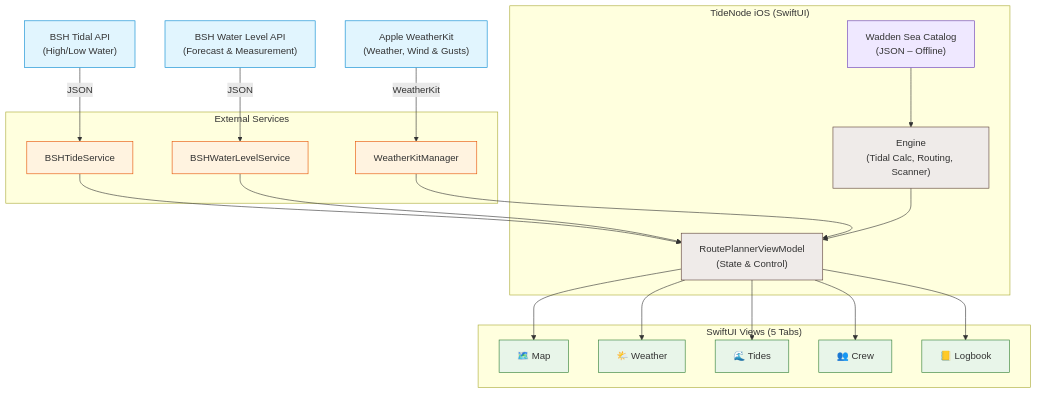
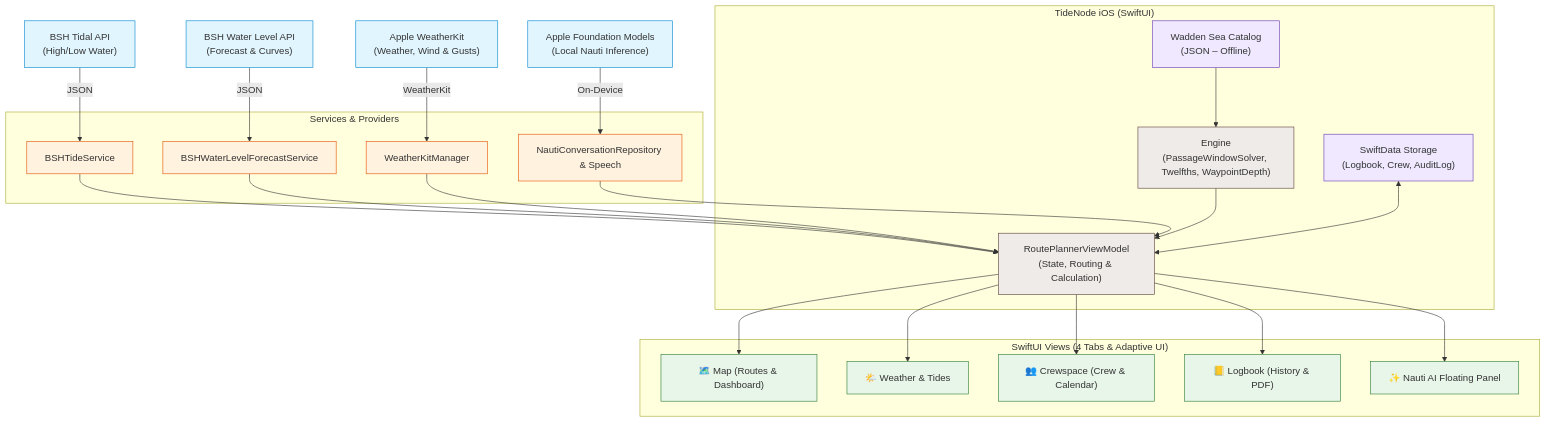
One commit to everybodydaniel/Toernberechnung-iOS changed the first of 2 diagrams in README.en.md. Above: the diagram before and after it, drawn with Mermaid. The commit also changed other lines of this file and 7 other files, not shown here.

Commit message:
Update READMEs with latest 4-tab architecture, iPad support, and add fresh high-res app screenshots

````diff
--- a/README.en.md
+++ b/README.en.md
@@ -107,46 +107,52 @@
 ```mermaid
 graph TD
     BSH["BSH Tidal API<br/>(High/Low Water)"]:::source
-    BSHWL["BSH Water Level API<br/>(Forecast & Measurement)"]:::source
+    BSHWL["BSH Water Level API<br/>(Forecast & Curves)"]:::source
     APPLE["Apple WeatherKit<br/>(Weather, Wind & Gusts)"]:::source
+    LOCALAI["Apple Foundation Models<br/>(Local Nauti Inference)"]:::source
 
     subgraph App ["TideNode iOS (SwiftUI)"]
-        VM["RoutePlannerViewModel<br/>(State & Control)"]:::core
-        ENGINE["Engine<br/>(Tidal Calc, Routing, Scanner)"]:::core
+        VM["RoutePlannerViewModel<br/>(State, Routing & Calculation)"]:::core
+        ENGINE["Engine<br/>(PassageWindowSolver, Twelfths, WaypointDepth)"]:::core
         CATALOG["Wadden Sea Catalog<br/>(JSON – Offline)"]:::storage
+        SWIFTDATA["SwiftData Storage<br/>(Logbook, Crew, AuditLog)"]:::storage
     end
 
-    subgraph Services ["External Services"]
+    subgraph Services ["Services & Providers"]
         BSHS["BSHTideService"]:::service
-        BSHWLS["BSHWaterLevelService"]:::service
+        BSHWLS["BSHWaterLevelForecastService"]:::service
         WKS["WeatherKitManager"]:::service
+        NAUTIS["NautiConversationRepository & Speech"]:::service
     end
 
-    subgraph UI ["SwiftUI Views (5 Tabs)"]
-        MAP["🗺️ Map"]:::client
-        WEATHER["🌤️ Weather"]:::client
-        TIDES["🌊 Tides"]:::client
-        CREW["👥 Crew"]:::client
-        LOG["📒 Logbook"]:::client
+    subgraph UI ["SwiftUI Views (4 Tabs & Adaptive UI)"]
+        MAP["🗺️ Map (Routes & Dashboard)"]:::client
+        WEATHER["🌤️ Weather & Tides"]:::client
+        CREW["👥 Crewspace (Crew & Calendar)"]:::client
+        LOG["📒 Logbook (History & PDF)"]:::client
+        NAUTIUI["✨ Nauti AI Floating Panel"]:::client
     end
 
     BSH -->|JSON| BSHS
     BSHWL -->|JSON| BSHWLS
     APPLE -->|WeatherKit| WKS
+    LOCALAI -->|On-Device| NAUTIS
     BSHS --> VM
     BSHWLS --> VM
     WKS --> VM
+    NAUTIS --> VM
     CATALOG --> ENGINE
     ENGINE --> VM
+    SWIFTDATA <--> VM
     VM --> MAP
     VM --> WEATHER
-    VM --> TIDES
     VM --> CREW
     VM --> LOG
+    VM --> NAUTIUI
 
     classDef source fill:#e1f5fe,stroke:#0288d1,stroke-width:1px;
     classDef core fill:#efebe9,stroke:#5d4037,stroke-width:1px;
     classDef storage fill:#efe8ff,stroke:#673ab7,stroke-width:1px;
     classDef service fill:#fff3e0,stroke:#e65100,stroke-width:1px;
     classDef client fill:#e8f5e9,stroke:#2e7d32,stroke-width:1px;
 ```
````
